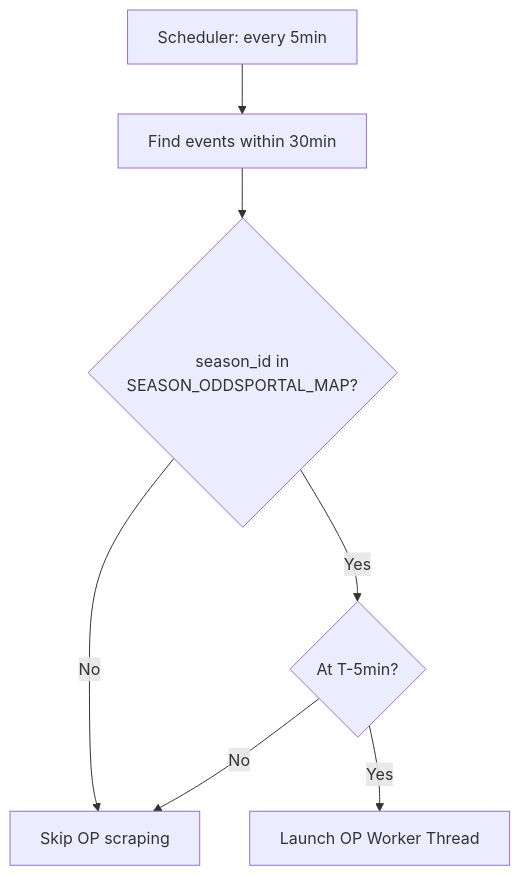
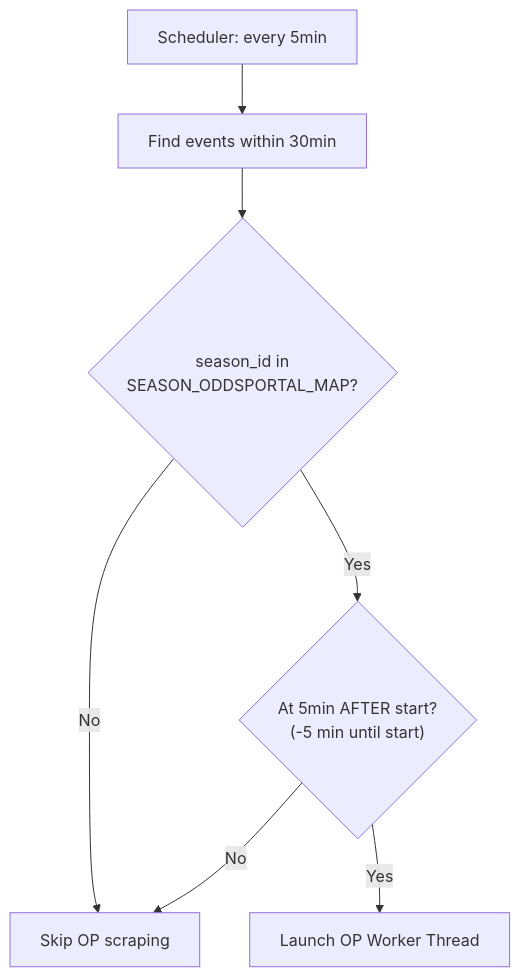
The first of 5 diagrams in oddsportal_scraping.md (GadielRP/scraping_with_api), drawn with Mermaid before and after one commit. The commit also changed other lines of this file and 4 other files, not shown here.

Commit message:
changed oddsportal process to be triggered at -5 minutes until start and fixed some alert texts

````diff
--- a/oddsportal_scraping.md
+++ b/oddsportal_scraping.md
@@ -100,9 +100,9 @@
 ```mermaid
 flowchart TD
     A["Scheduler: every 5min"] --> B["Find events within 30min"]
     B --> C{"season_id in\nSEASON_ODDSPORTAL_MAP?"}
     C -- No --> D["Skip OP scraping"]
-    C -- Yes --> E{"At T-5min?"}
+    C -- Yes --> E{"At 5min AFTER start?\n(-5 min until start)"}
     E -- No --> D
     E -- Yes --> F["Launch OP Worker Thread"]
 ```
````
